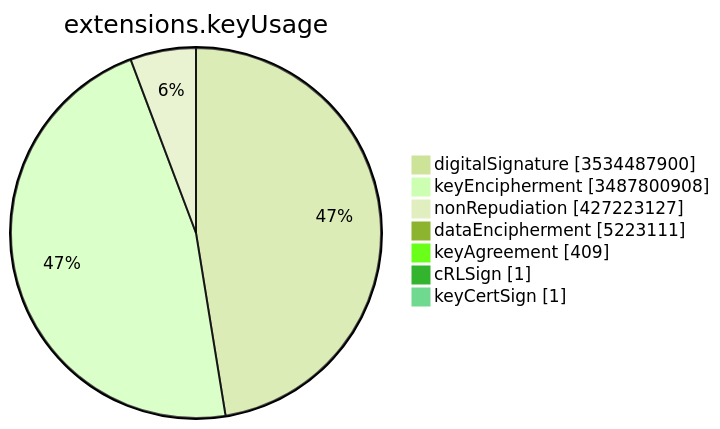
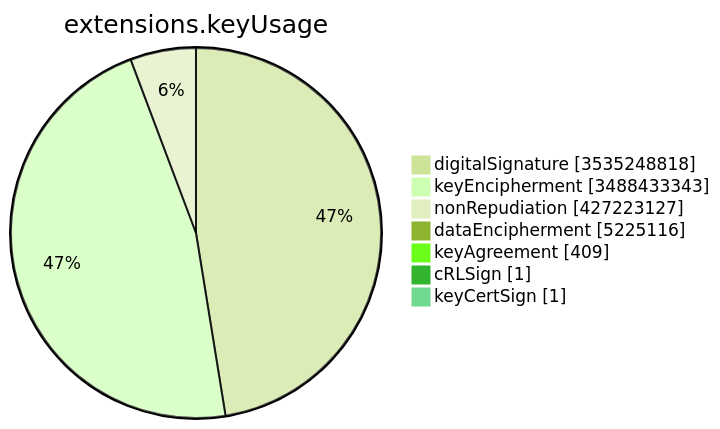
Before and after one commit to christiankrug/ctmonitor_visualization: the sixth of 15 diagrams in TOTAL/README.md, drawn with Mermaid (forest theme). The commit also changed other lines of this file, not shown here.

````diff
--- a/TOTAL/README.md
+++ b/TOTAL/README.md
@@ -3083,11 +3083,11 @@
 ```mermaid
 pie showData
 title extensions.keyUsage
-"digitalSignature" :3534487900
-"keyEncipherment" :3487800908
+"digitalSignature" :3535248818
+"keyEncipherment" :3488433343
 "nonRepudiation" :427223127
-"dataEncipherment" :5223111
+"dataEncipherment" :5225116
 "keyAgreement" :409
 "cRLSign" :1
 "keyCertSign" :1
 ```
````
